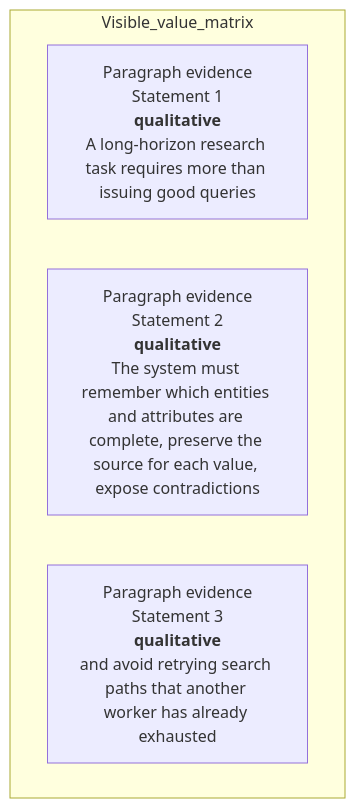
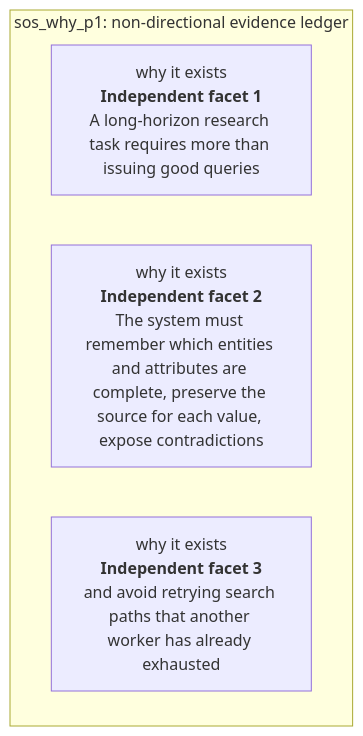
One commit to Betancourt1/paper_atlas changed the second of 51 diagrams in docs/visual-manifests/VISUAL_MANIFEST_SEARCHOS_V1.md. Above: the diagram before and after it, drawn with Mermaid. The commit also changed other lines of this file and 7 other files, not shown here.

````diff
--- a/docs/visual-manifests/VISUAL_MANIFEST_SEARCHOS_V1.md
+++ b/docs/visual-manifests/VISUAL_MANIFEST_SEARCHOS_V1.md
@@ -127,8 +127,8 @@
 ```mermaid
 flowchart TB
-  subgraph Visible_value_matrix
-    r1["Paragraph evidence<br/>Statement 1<br/><b>qualitative</b><br/>A long-horizon research task requires more than issuing good queries"]
-    r2["Paragraph evidence<br/>Statement 2<br/><b>qualitative</b><br/>The system must remember which entities and attributes are complete, preserve the source for each value, expose contradictions"]
-    r3["Paragraph evidence<br/>Statement 3<br/><b>qualitative</b><br/>and avoid retrying search paths that another worker has already exhausted"]
+  subgraph Ledger["sos_why_p1: non-directional evidence ledger"]
+    r1["why it exists<br/><b>Independent facet 1</b><br/>A long-horizon research task requires more than issuing good queries"]
+    r2["why it exists<br/><b>Independent facet 2</b><br/>The system must remember which entities and attributes are complete, preserve the source for each value, expose contradictions"]
+    r3["why it exists<br/><b>Independent facet 3</b><br/>and avoid retrying search paths that another worker has already exhausted"]
   end
 ```
````
